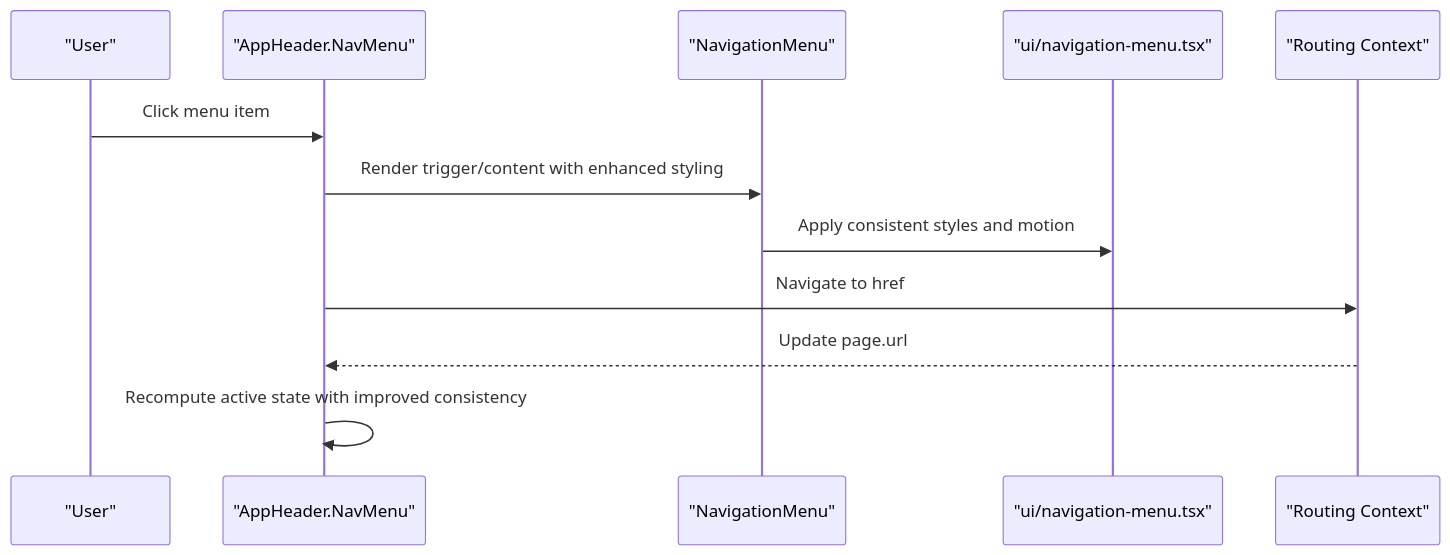
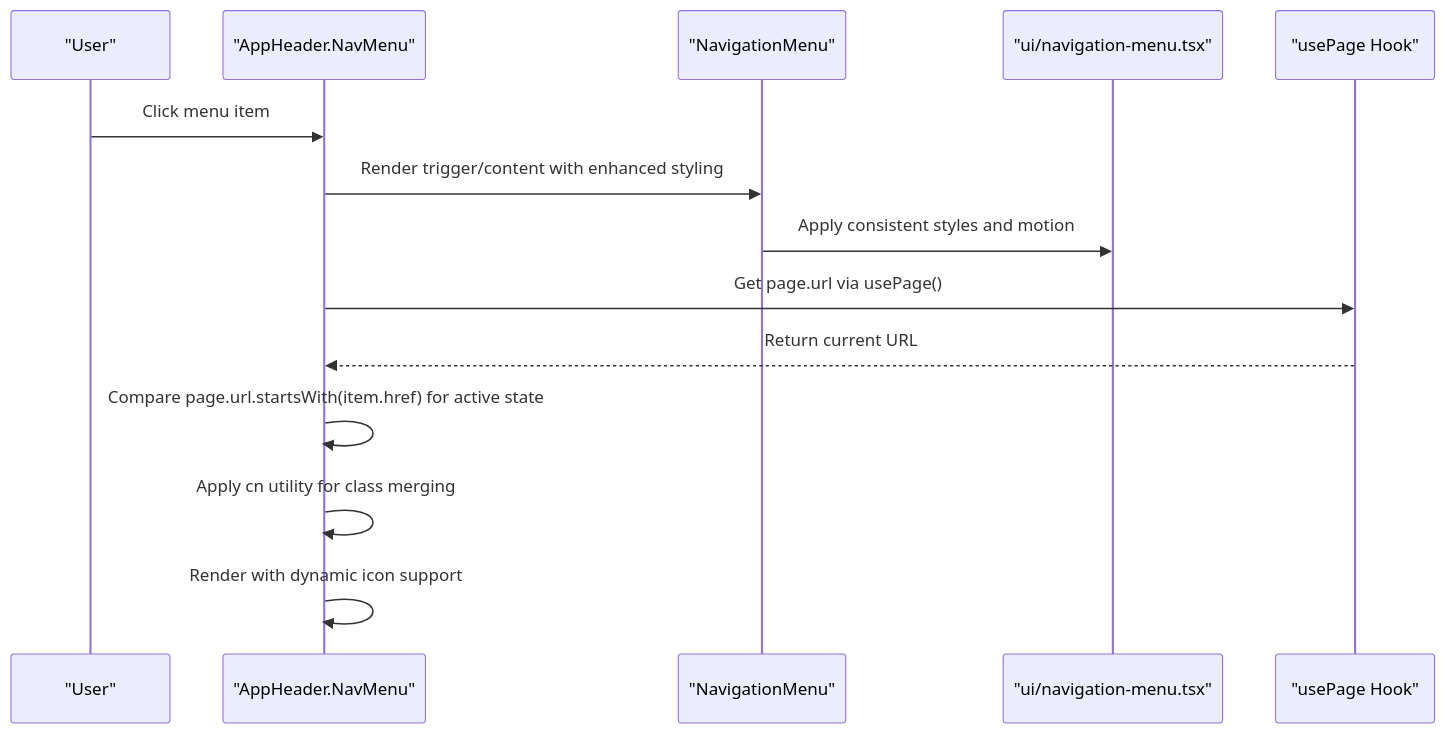
One commit to vincet0t15/template changed the second of 12 diagrams in .qoder/repowiki/en/content/Frontend Components & UI/Navigation Components.md. Above: the diagram before and after it, drawn with Mermaid. The commit also changed other lines of this file and 8 other files, not shown here.

````diff
--- a/.qoder/repowiki/en/content/Frontend Components & UI/Navigation Components.md
+++ b/.qoder/repowiki/en/content/Frontend Components & UI/Navigation Components.md
@@ -157,14 +167,16 @@
 ```mermaid
 sequenceDiagram
 participant U as "User"
 participant AH as "AppHeader.NavMenu"
 participant NM as "NavigationMenu"
 participant UI as "ui/navigation-menu.tsx"
-participant R as "Routing Context"
+participant R as "usePage Hook"
 U->>AH : Click menu item
 AH->>NM : Render trigger/content with enhanced styling
 NM->>UI : Apply consistent styles and motion
-AH->>R : Navigate to href
-R-->>AH : Update page.url
-AH->>AH : Recompute active state with improved consistency
+AH->>R : Get page.url via usePage()
+R-->>AH : Return current URL
+AH->>AH : Compare page.url.startsWith(item.href) for active state
+AH->>AH : Apply cn utility for class merging
+AH->>AH : Render with dynamic icon support
 ```
````
